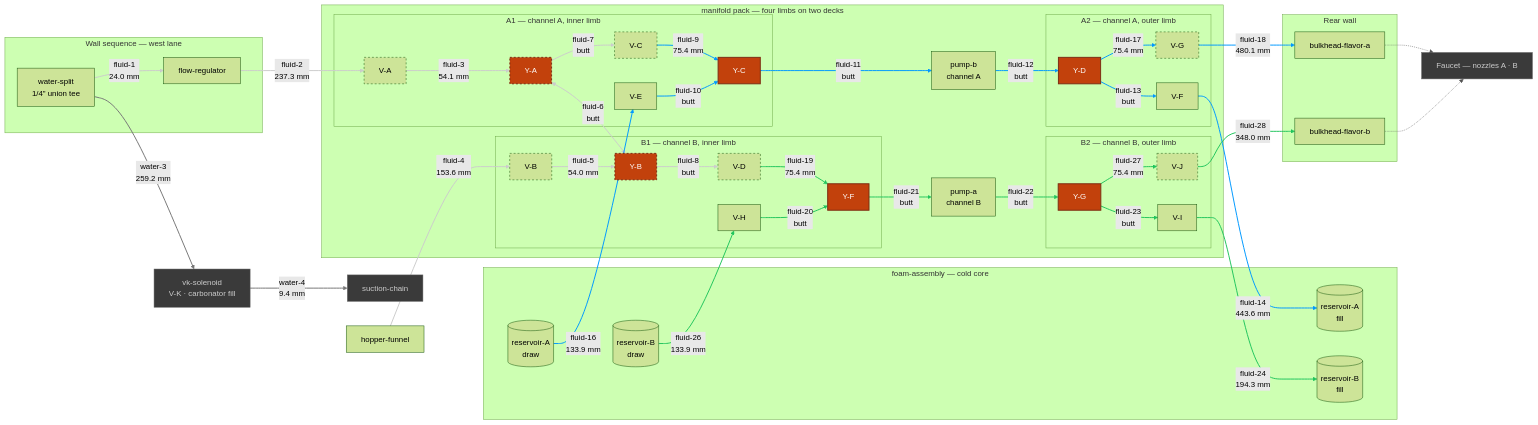
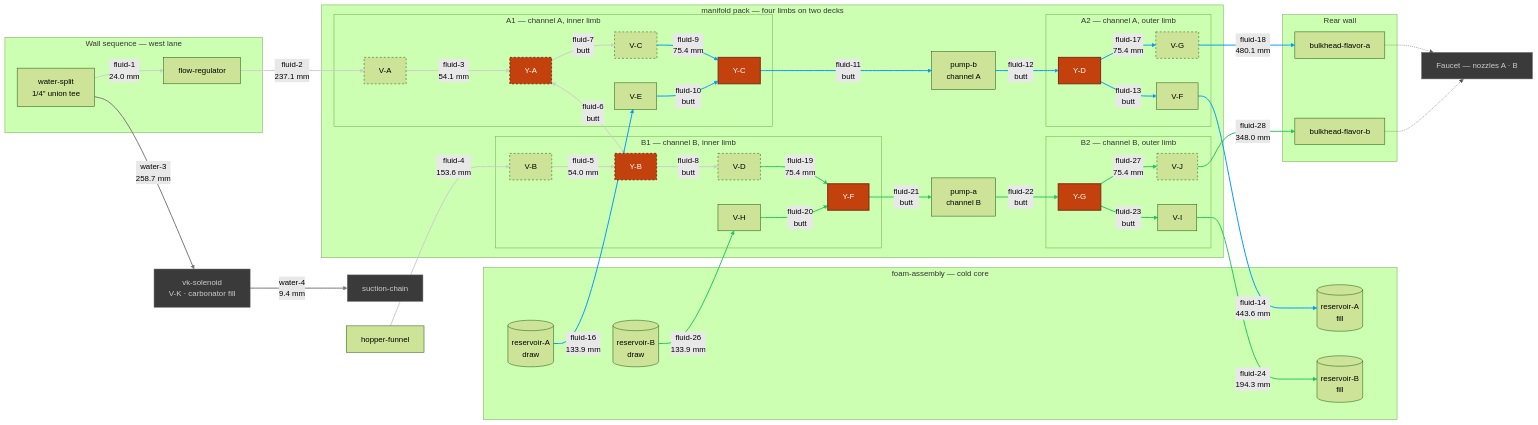
The diagram in hardware/topology/fluid-topology-manifold.mmd (derekbreden/homesodamachine), drawn with Mermaid (forest theme) before and after one commit. The commit also changed 18 other files, not shown here.

```diff
--- a/hardware/topology/fluid-topology-manifold.mmd
+++ b/hardware/topology/fluid-topology-manifold.mmd
@@ -14,7 +14,7 @@
   %% [26](SEGMENT_COUNT) flavor segments. [11](BUTT_COUNT) are collet butted to collet and carry
   %% no tube at all; [9](DRAWN_COUNT) are swept runs between placed bodies; the rest are the
   %% hinge's four hairpins and the source pair's two quarter-and-step turns. What is cut comes to
-  %% [2558.4 mm](FLUID_TOTAL) of 1/4" LLDPE over [40](FLUID_BENDS) corners, and the longest is
+  %% [2558.2 mm](FLUID_TOTAL) of 1/4" LLDPE over [40](FLUID_BENDS) corners, and the longest is
   %% [fluid-18](LONGEST_ID) at [480.1 mm](LONGEST_LEN). [0](OPEN_COUNT) are mouths with nothing
   %% on the far end of them: EVERY FLAVOR SEGMENT IN THIS CHART IS MADE. The hopper's gravity
   %% drain is drawn like the rest — the funnel is seated in the box rather than placed in the
@@ -115,7 +115,7 @@
   %% V-B come off the folded deck's plane on a quarter turn of R14, then step 28 mm further along
   %% the run and 14 mm across it, toward the cold core's crown.
   Split -->|"fluid-1<br/>24.0 mm"| FlowReg
-  FlowReg -->|"fluid-2<br/>237.3 mm"| VA
+  FlowReg -->|"fluid-2<br/>237.1 mm"| VA
   VA -->|"fluid-3<br/>54.1 mm"| YA
   Hopper -->|"fluid-4<br/>153.6 mm"| VB
   VB -->|"fluid-5<br/>54.0 mm"| YB
@@ -162,7 +162,7 @@
   %% V-K gates the carbonator fill off the same split fluid-1 leaves. It stands on the cold core's
   %% crown, east of the SeaFlo, and water-3 is the one run in the assembly that crosses the whole
   %% machine — the split is in the west lane, V-K is on the east, and its inlet faces forward.
-  Split -->|"water-3<br/>259.2 mm"| VK
+  Split -->|"water-3<br/>258.7 mm"| VK
   VK -->|"water-4<br/>9.4 mm"| SuctChain
 
   %% =========================
```
